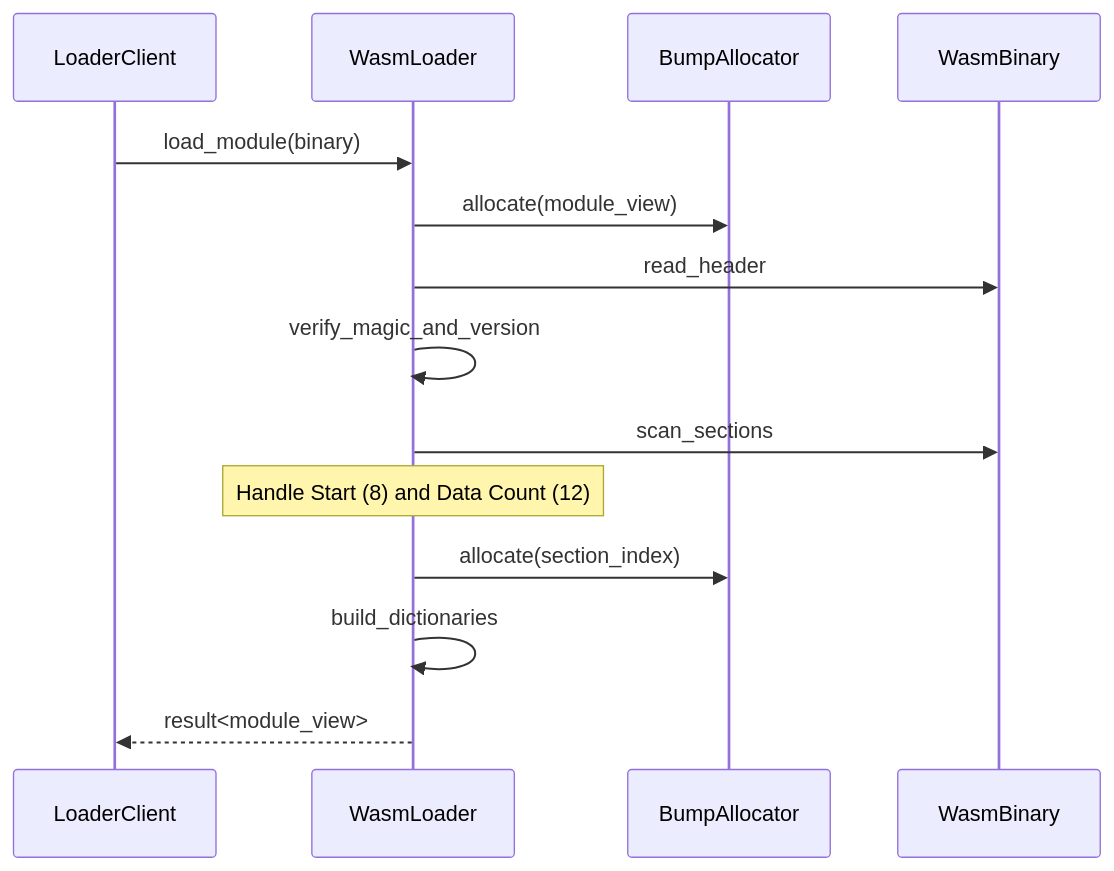
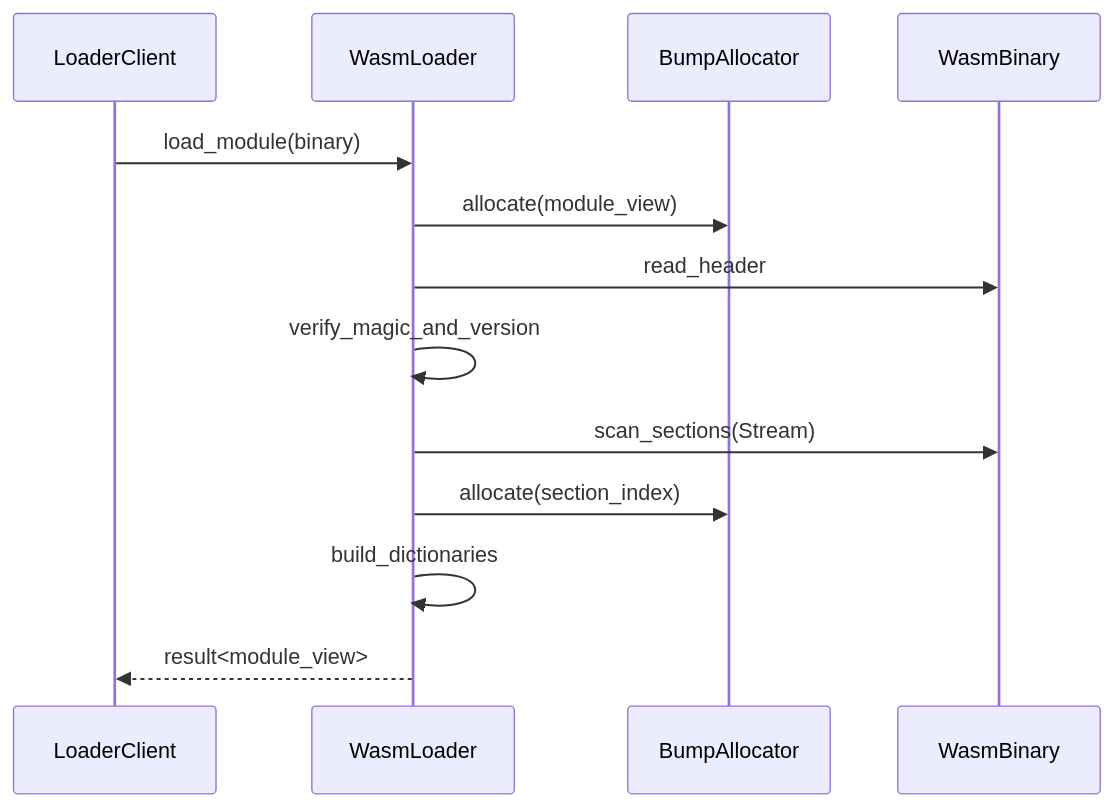
The third of 3 diagrams in docs/orders/components/loader.md (kmt-t/fireball), drawn with Mermaid before and after one commit. The commit also changed other lines of this file and 1 other file, not shown here.

````diff
--- a/docs/orders/components/loader.md
+++ b/docs/orders/components/loader.md
@@ -106,17 +109,16 @@
 ```mermaid
 sequenceDiagram
     participant Client as LoaderClient
     participant Loader as WasmLoader
     participant Alloc as BumpAllocator
     participant ROM as WasmBinary
     
     Client->>Loader: load_module(binary)
     Loader->>Alloc: allocate(module_view)
     Loader->>ROM: read_header
     Loader->>Loader: verify_magic_and_version
-    Loader->>ROM: scan_sections
-    Note over Loader: Handle Start (8) and Data Count (12)
+    Loader->>ROM: scan_sections(Stream)
     Loader->>Alloc: allocate(section_index)
     Loader->>Loader: build_dictionaries
     Loader-->>Client: result<module_view>
 ```
````
